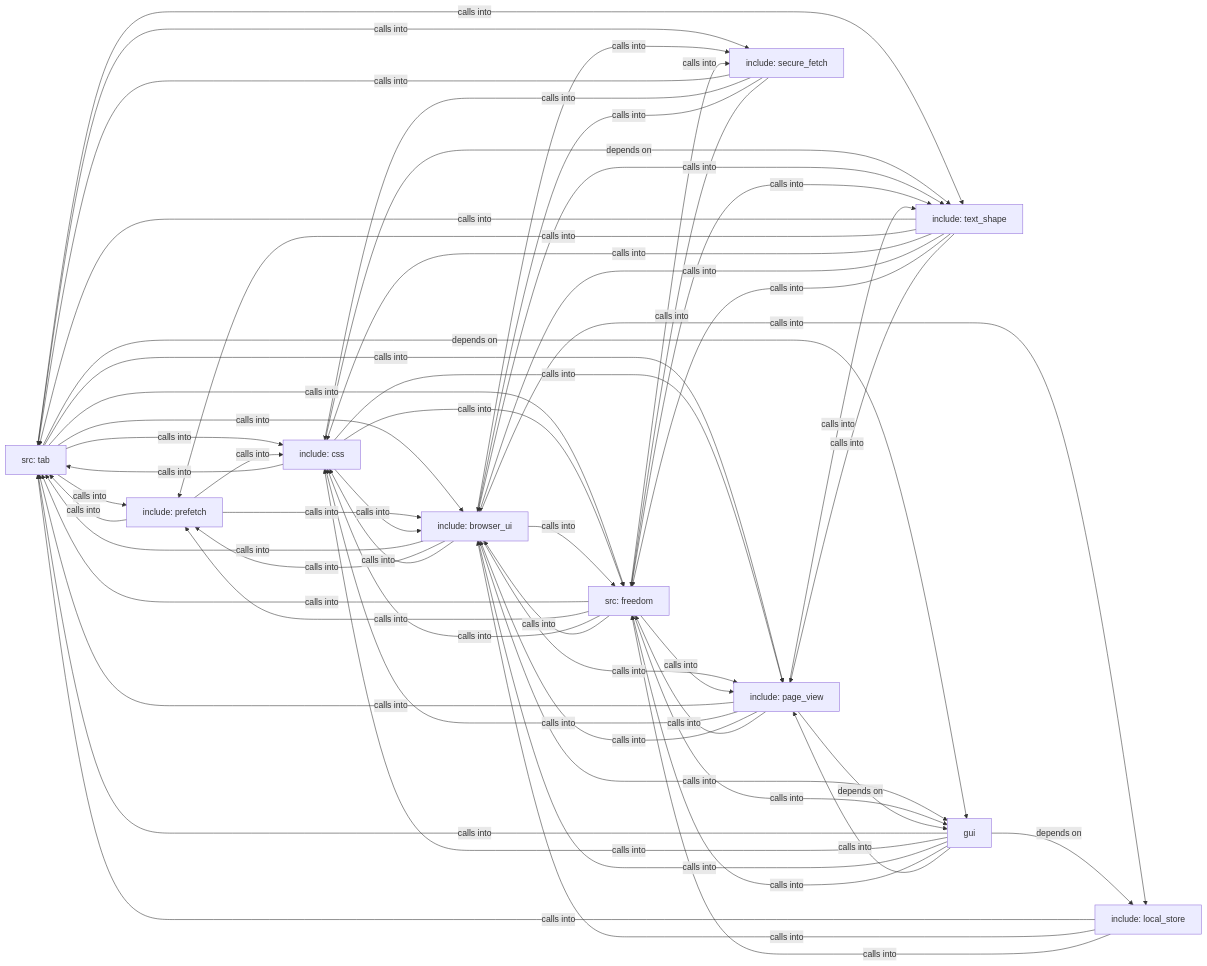
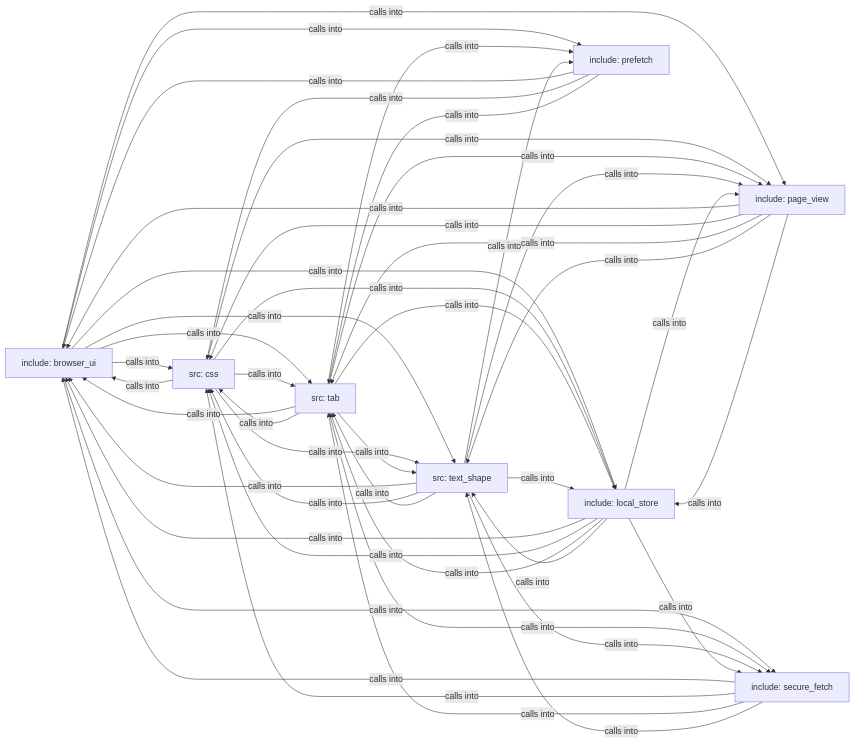
Before and after one commit to grisuno/FreeDom: the diagram in readmenator-diagrams/overview.md, drawn with Mermaid. The commit also changed other lines of this file and 364 other files, not shown here.

````diff
--- a/readmenator-diagrams/overview.md
+++ b/readmenator-diagrams/overview.md
@@ -1,81 +1,63 @@
 ```mermaid
 graph LR
+    include_browser_ui["include: browser_ui"]
+    src_css["src: css"]
     src_tab["src: tab"]
-    include_css["include: css"]
-    include_browser_ui["include: browser_ui"]
-    src_freedom["src: freedom"]
+    src_text_shape["src: text_shape"]
+    include_local_store["include: local_store"]
     include_page_view["include: page_view"]
-    include_text_shape["include: text_shape"]
-    include_local_store["include: local_store"]
-    gui["gui"]
     include_secure_fetch["include: secure_fetch"]
     include_prefetch["include: prefetch"]
+    include_browser_ui -- "calls into" --> src_css
+    include_browser_ui -- "calls into" --> src_tab
+    include_browser_ui -- "calls into" --> src_text_shape
+    include_browser_ui -- "calls into" --> include_local_store
+    include_browser_ui -- "calls into" --> include_page_view
+    include_browser_ui -- "calls into" --> include_secure_fetch
+    include_browser_ui -- "calls into" --> include_prefetch
+    src_css -- "calls into" --> include_browser_ui
+    src_css -- "calls into" --> src_tab
+    src_css -- "calls into" --> src_text_shape
+    src_css -- "calls into" --> include_local_store
+    src_css -- "calls into" --> include_page_view
+    src_tab -- "calls into" --> include_browser_ui
+    src_tab -- "calls into" --> src_css
+    src_tab -- "calls into" --> src_text_shape
+    src_tab -- "calls into" --> include_local_store
+    src_tab -- "calls into" --> include_page_view
+    src_tab -- "calls into" --> include_secure_fetch
     src_tab -- "calls into" --> include_prefetch
-    src_tab -- "calls into" --> include_css
-    src_tab -- "calls into" --> include_browser_ui
-    src_tab -- "calls into" --> src_freedom
-    src_tab -- "calls into" --> include_page_view
-    src_tab -- "calls into" --> include_text_shape
-    src_tab -- "depends on" --> gui
-    src_tab -- "calls into" --> include_secure_fetch
+    src_text_shape -- "calls into" --> include_browser_ui
+    src_text_shape -- "calls into" --> src_css
+    src_text_shape -- "calls into" --> src_tab
+    src_text_shape -- "calls into" --> include_local_store
+    src_text_shape -- "calls into" --> include_page_view
+    src_text_shape -- "calls into" --> include_secure_fetch
+    src_text_shape -- "calls into" --> include_prefetch
+    include_local_store -- "calls into" --> include_browser_ui
+    include_local_store -- "calls into" --> src_css
+    include_local_store -- "calls into" --> src_tab
+    include_local_store -- "calls into" --> src_text_shape
+    include_local_store -- "calls into" --> include_page_view
+    include_local_store -- "calls into" --> include_secure_fetch
+    include_page_view -- "calls into" --> include_browser_ui
+    include_page_view -- "calls into" --> src_css
+    include_page_view -- "calls into" --> src_tab
+    include_page_view -- "calls into" --> src_text_shape
+    include_page_view -- "calls into" --> include_local_store
+    include_secure_fetch -- "calls into" --> include_browser_ui
+    include_secure_fetch -- "calls into" --> src_css
+    include_secure_fetch -- "calls into" --> src_tab
+    include_secure_fetch -- "calls into" --> src_text_shape
+    include_prefetch -- "calls into" --> include_browser_ui
+    include_prefetch -- "calls into" --> src_css
     include_prefetch -- "calls into" --> src_tab
-    include_prefetch -- "calls into" --> include_css
-    include_prefetch -- "calls into" --> include_browser_ui
-    include_css -- "calls into" --> src_tab
-    include_css -- "calls into" --> include_browser_ui
-    include_css -- "calls into" --> src_freedom
-    include_css -- "calls into" --> include_page_view
-    include_css -- "depends on" --> include_text_shape
-    include_browser_ui -- "calls into" --> src_tab
-    include_browser_ui -- "calls into" --> include_prefetch
-    include_browser_ui -- "calls into" --> include_css
-    include_browser_ui -- "calls into" --> src_freedom
-    include_browser_ui -- "calls into" --> include_page_view
-    include_browser_ui -- "calls into" --> include_text_shape
-    include_browser_ui -- "calls into" --> include_local_store
-    include_browser_ui -- "calls into" --> gui
-    include_browser_ui -- "calls into" --> include_secure_fetch
-    src_freedom -- "calls into" --> src_tab
-    src_freedom -- "calls into" --> include_prefetch
-    src_freedom -- "calls into" --> include_css
-    src_freedom -- "calls into" --> include_browser_ui
-    src_freedom -- "calls into" --> include_page_view
-    src_freedom -- "calls into" --> include_text_shape
-    src_freedom -- "calls into" --> gui
-    src_freedom -- "calls into" --> include_secure_fetch
-    include_page_view -- "calls into" --> src_tab
-    include_page_view -- "calls into" --> include_css
-    include_page_view -- "calls into" --> include_browser_ui
-    include_page_view -- "calls into" --> src_freedom
-    include_page_view -- "calls into" --> include_text_shape
-    include_page_view -- "depends on" --> gui
-    include_text_shape -- "calls into" --> src_tab
-    include_text_shape -- "calls into" --> include_prefetch
-    include_text_shape -- "calls into" --> include_css
-    include_text_shape -- "calls into" --> include_browser_ui
-    include_text_shape -- "calls into" --> src_freedom
-    include_text_shape -- "calls into" --> include_page_view
-    include_local_store -- "calls into" --> src_tab
-    include_local_store -- "calls into" --> include_browser_ui
-    include_local_store -- "calls into" --> src_freedom
-    gui -- "calls into" --> src_tab
-    gui -- "calls into" --> include_css
-    gui -- "calls into" --> include_browser_ui
-    gui -- "calls into" --> src_freedom
-    gui -- "calls into" --> include_page_view
-    gui -- "depends on" --> include_local_store
-    include_secure_fetch -- "calls into" --> src_tab
-    include_secure_fetch -- "calls into" --> include_css
-    include_secure_fetch -- "calls into" --> include_browser_ui
-    include_secure_fetch -- "calls into" --> src_freedom
+    click include_browser_ui href "./include_browser_ui.md" "Details"
+    click src_css href "./src_css.md" "Details"
     click src_tab href "./src_tab.md" "Details"
-    click include_css href "./include_css.md" "Details"
-    click include_browser_ui href "./include_browser_ui.md" "Details"
-    click src_freedom href "./src_freedom.md" "Details"
+    click src_text_shape href "./src_text_shape.md" "Details"
+    click include_local_store href "./include_local_store.md" "Details"
     click include_page_view href "./include_page_view.md" "Details"
-    click include_text_shape href "./include_text_shape.md" "Details"
-    click include_local_store href "./include_local_store.md" "Details"
-    click gui href "./gui.md" "Details"
     click include_secure_fetch href "./include_secure_fetch.md" "Details"
     click include_prefetch href "./include_prefetch.md" "Details"
 ```
````
